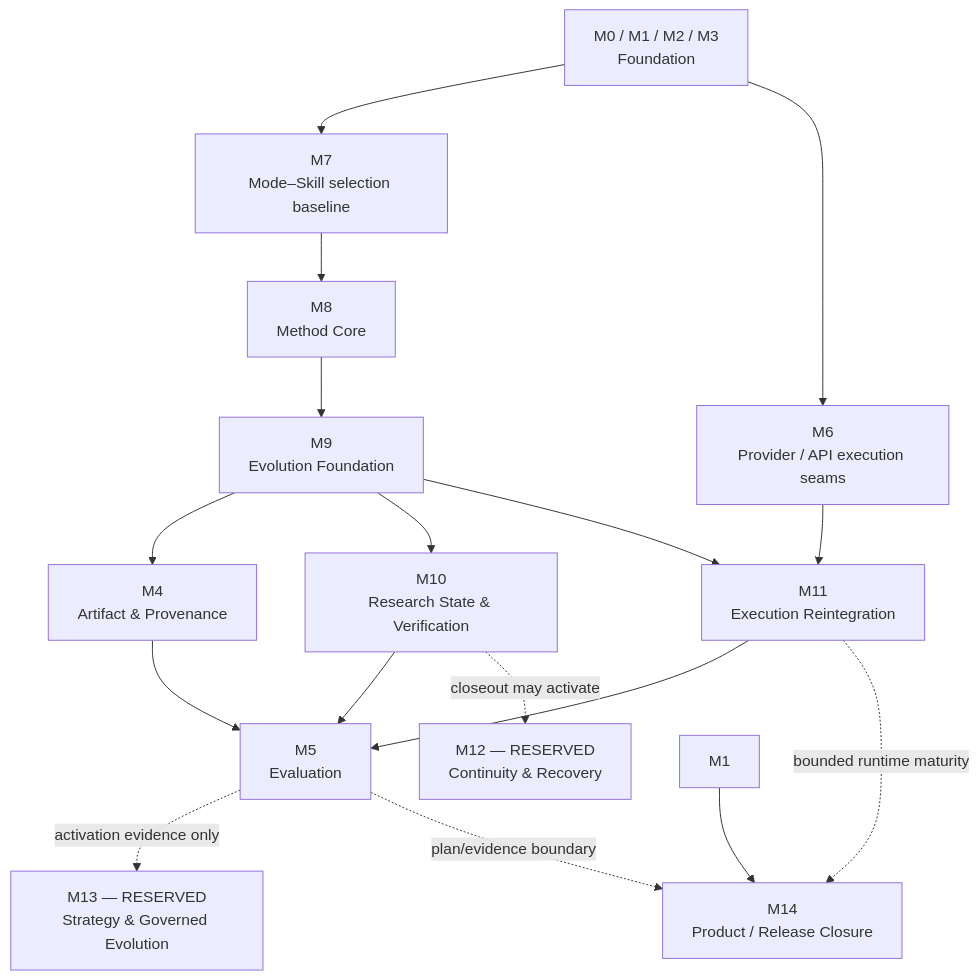
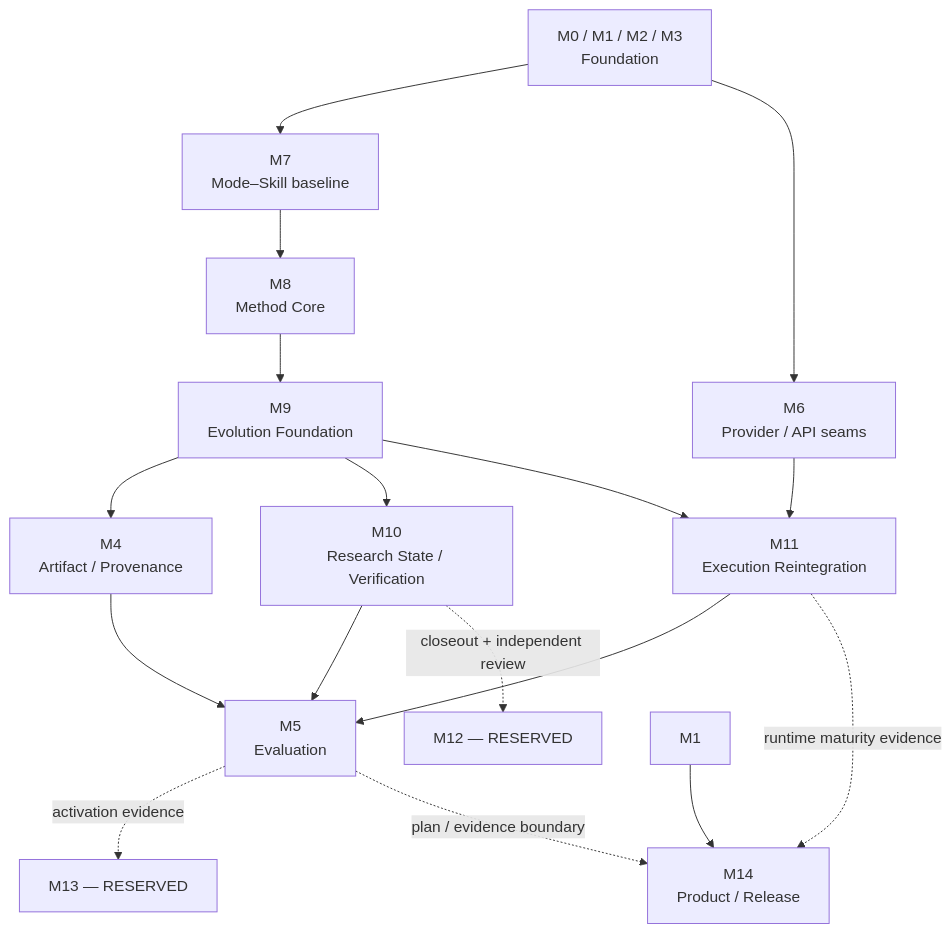
Before and after one commit to Chengyue-Lu/research-agent-workbench: the diagram in docs/M_SERIES_IMPLEMENTATION_MAP.md, drawn with Mermaid. The commit also changed other lines of this file and 57 other files, not shown here.

Commit message:
docs: align M-series and architecture bridge contracts

````diff
--- a/docs/M_SERIES_IMPLEMENTATION_MAP.md
+++ b/docs/M_SERIES_IMPLEMENTATION_MAP.md
@@ -17,22 +9,19 @@
 ```mermaid
 flowchart TB
-    Foundation["M0 / M1 / M2 / M3<br/>Foundation"] --> M7["M7<br/>Mode–Skill selection baseline"]
-    Foundation --> M6["M6<br/>Provider / API execution seams"]
+    Foundation["M0 / M1 / M2 / M3<br/>Foundation"] --> M7["M7<br/>Mode–Skill baseline"]
+    Foundation --> M6["M6<br/>Provider / API seams"]
     M7 --> M8["M8<br/>Method Core"]
     M8 --> M9["M9<br/>Evolution Foundation"]
-
-    M9 --> M4["M4<br/>Artifact & Provenance"]
-    M9 --> M10["M10<br/>Research State & Verification"]
+    M9 --> M4["M4<br/>Artifact / Provenance"]
+    M9 --> M10["M10<br/>Research State / Verification"]
     M9 --> M11["M11<br/>Execution Reintegration"]
     M6 --> M11
-
     M4 --> M5["M5<br/>Evaluation"]
     M10 --> M5
     M11 --> M5
-
-    M5 -. "activation evidence only" .-> M13["M13 — RESERVED<br/>Strategy & Governed Evolution"]
-    M10 -. "closeout may activate" .-> M12["M12 — RESERVED<br/>Continuity & Recovery"]
-    M11 -. "bounded runtime maturity" .-> M14["M14<br/>Product / Release Closure"]
-    M5 -. "plan/evidence boundary" .-> M14
+    M5 -. "activation evidence" .-> M13["M13 — RESERVED"]
+    M10 -. "closeout + independent review" .-> M12["M12 — RESERVED"]
+    M11 -. "runtime maturity evidence" .-> M14["M14<br/>Product / Release"]
+    M5 -. "plan / evidence boundary" .-> M14
     M1 --> M14
 ```
````
